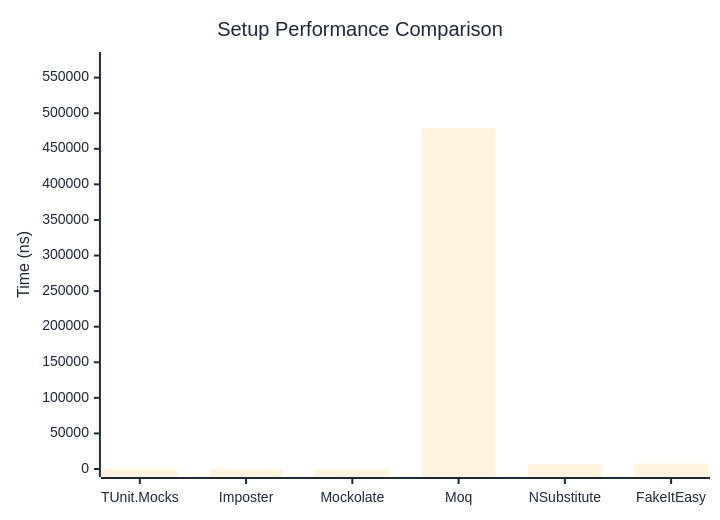
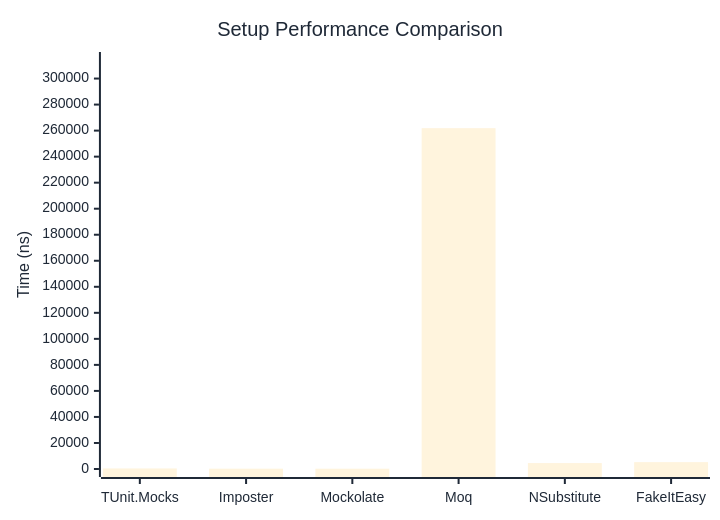
The first of 2 diagrams in docs/docs/benchmarks/mocks/Setup.md (thomhurst/TUnit), drawn with Mermaid before and after one commit. The commit also changed other lines of this file and 14 other files, not shown here.

````diff
--- a/docs/docs/benchmarks/mocks/Setup.md
+++ b/docs/docs/benchmarks/mocks/Setup.md
@@ -30,27 +30,27 @@
 ```mermaid
 %%{init: {
   'theme':'base',
   'themeVariables': {
     'primaryColor': '#2563eb',
     'primaryTextColor': '#1f2937',
     'primaryBorderColor': '#1e40af',
     'lineColor': '#6b7280',
     'secondaryColor': '#7c3aed',
     'tertiaryColor': '#dc2626',
     'background': '#ffffff',
     'pie1': '#2563eb',
     'pie2': '#7c3aed',
     'pie3': '#dc2626',
     'pie4': '#f59e0b',
     'pie5': '#10b981',
     'pie6': '#06b6d4',
     'pie7': '#ec4899',
     'pie8': '#6366f1'
   }
 }}%%
 xychart-beta
   title "Setup Performance Comparison"
   x-axis ["TUnit.Mocks", "Imposter", "Mockolate", "Moq", "NSubstitute", "FakeItEasy"]
-  y-axis "Time (ns)" 0 --> 574783
-  bar [525.7, 302.1, 298.2, 478985.3, 6345.5, 7538.4]
+  y-axis "Time (ns)" 0 --> 314252
+  bar [424.1, 247.8, 235.5, 261876.4, 4543.7, 5273.7]
 ```
````
